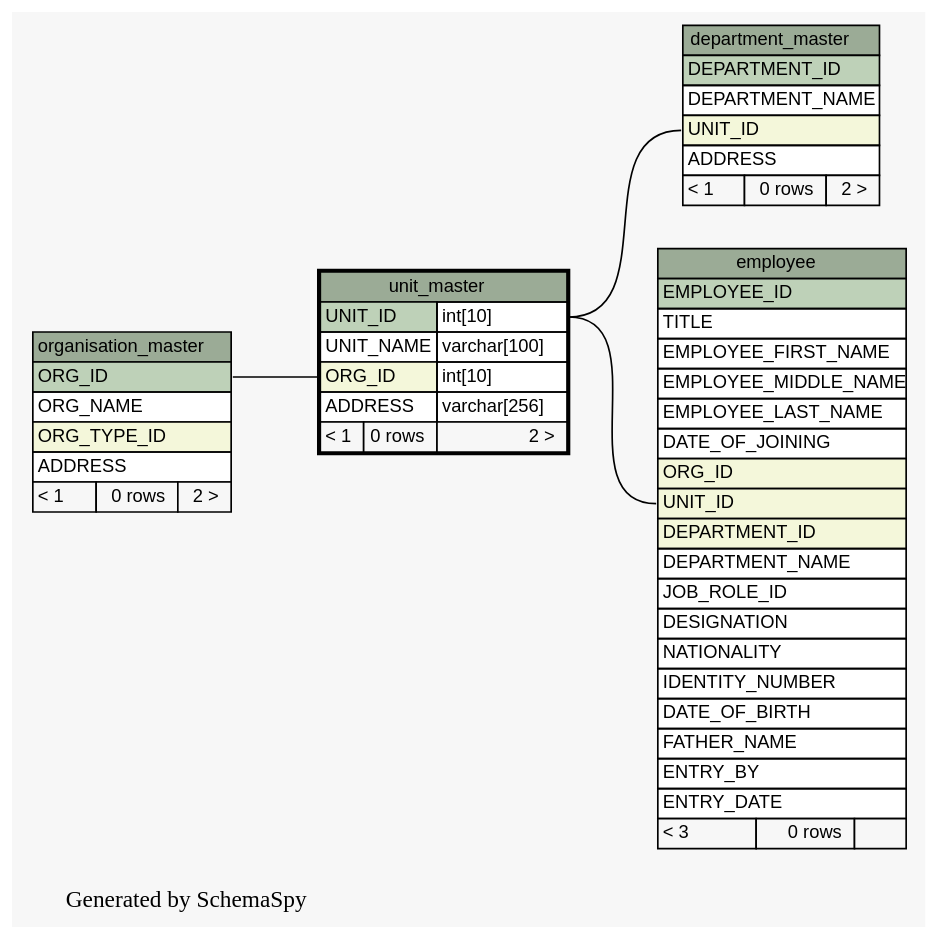
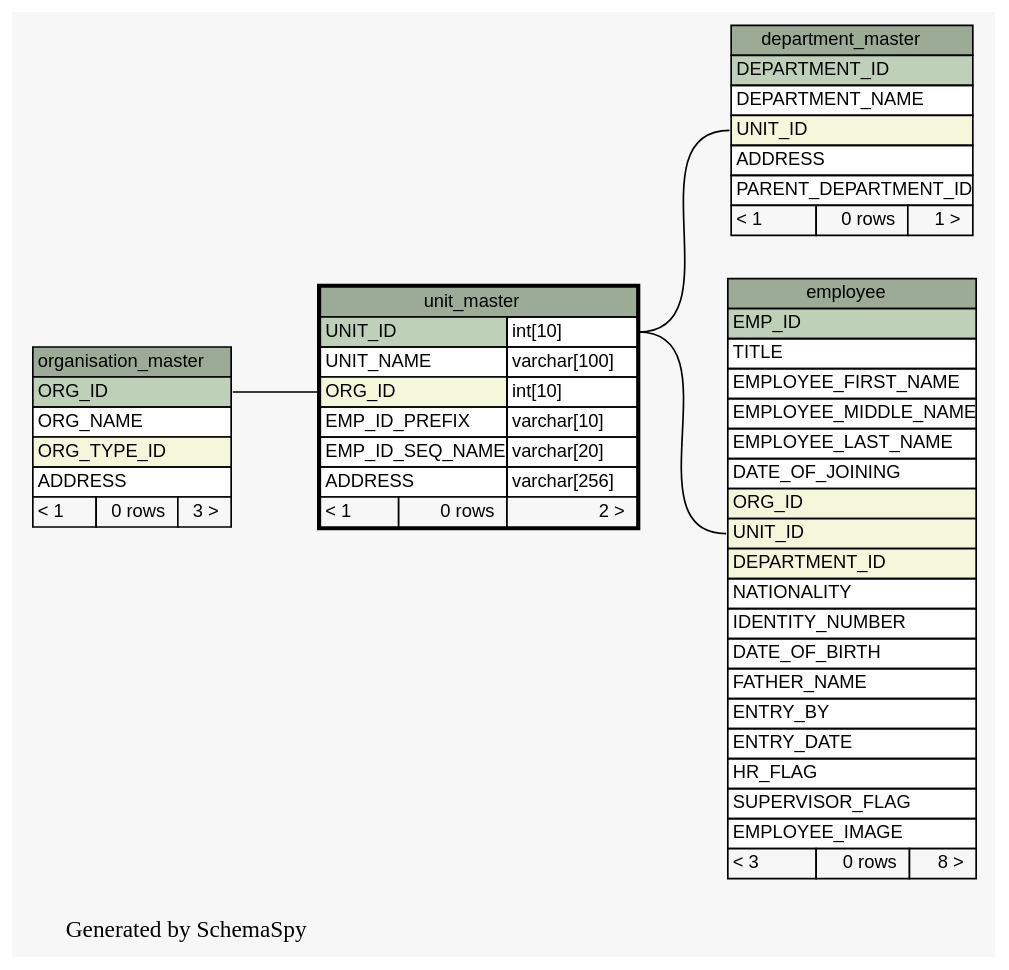
One commit to engineerscraft/hrms changed the diagram in docs/database/schemaspy/graphs/unit_master.1degree.dot. Above: the diagram before and after it, drawn with Graphviz. The commit also changed 168 other files, not shown here.

Commit message:
Database script modified and schemaspy doc generated

```diff
--- a/docs/database/schemaspy/graphs/unit_master.1degree.dot
+++ b/docs/database/schemaspy/graphs/unit_master.1degree.dot
@@ -1,86 +1,89 @@
 // dot 2.38.0 on Windows 7 6.1
 digraph "oneDegreeRelationshipsGraph" {
   graph [
     rankdir="RL"
     bgcolor="#f7f7f7"
     label="\nGenerated by SchemaSpy"
     labeljust="l"
   ];
   node [
     fontname="Helvetica"
     fontsize="11"
     shape="plaintext"
   ];
   edge [
     arrowsize="0.8"
   ];
   "department_master":"UNIT_ID":w -> "unit_master":"UNIT_ID.type":e [arrowtail=crowodot arrowhead=none];
   "employee":"UNIT_ID":w -> "unit_master":"UNIT_ID.type":e [arrowtail=crowodot arrowhead=none];
   "unit_master":"ORG_ID":w -> "organisation_master":"ORG_ID":e [arrowtail=crowodot arrowhead=none];
   "department_master" [
     label=<
     <TABLE BORDER="0" CELLBORDER="1" CELLSPACING="0" BGCOLOR="#ffffff">
       <TR><TD PORT="department_master.heading" COLSPAN="3" BGCOLOR="#9bab96" ALIGN="CENTER">department_master</TD></TR>
       <TR><TD PORT="DEPARTMENT_ID" COLSPAN="3" BGCOLOR="#bed1b8" ALIGN="LEFT">DEPARTMENT_ID</TD></TR>
       <TR><TD PORT="DEPARTMENT_NAME" COLSPAN="3" ALIGN="LEFT">DEPARTMENT_NAME</TD></TR>
       <TR><TD PORT="UNIT_ID" COLSPAN="3" BGCOLOR="#f4f7da" ALIGN="LEFT">UNIT_ID</TD></TR>
       <TR><TD PORT="ADDRESS" COLSPAN="3" ALIGN="LEFT">ADDRESS</TD></TR>
-      <TR><TD ALIGN="LEFT" BGCOLOR="#f7f7f7">&lt; 1</TD><TD ALIGN="RIGHT" BGCOLOR="#f7f7f7">0 rows</TD><TD ALIGN="RIGHT" BGCOLOR="#f7f7f7">2 &gt;</TD></TR>
+      <TR><TD PORT="PARENT_DEPARTMENT_ID" COLSPAN="3" ALIGN="LEFT">PARENT_DEPARTMENT_ID</TD></TR>
+      <TR><TD ALIGN="LEFT" BGCOLOR="#f7f7f7">&lt; 1</TD><TD ALIGN="RIGHT" BGCOLOR="#f7f7f7">0 rows</TD><TD ALIGN="RIGHT" BGCOLOR="#f7f7f7">1 &gt;</TD></TR>
     </TABLE>>
     URL="department_master.html#graph"
     tooltip="department_master"
   ];
   "employee" [
     label=<
     <TABLE BORDER="0" CELLBORDER="1" CELLSPACING="0" BGCOLOR="#ffffff">
       <TR><TD PORT="employee.heading" COLSPAN="3" BGCOLOR="#9bab96" ALIGN="CENTER">employee</TD></TR>
-      <TR><TD PORT="EMPLOYEE_ID" COLSPAN="3" BGCOLOR="#bed1b8" ALIGN="LEFT">EMPLOYEE_ID</TD></TR>
+      <TR><TD PORT="EMP_ID" COLSPAN="3" BGCOLOR="#bed1b8" ALIGN="LEFT">EMP_ID</TD></TR>
       <TR><TD PORT="TITLE" COLSPAN="3" ALIGN="LEFT">TITLE</TD></TR>
       <TR><TD PORT="EMPLOYEE_FIRST_NAME" COLSPAN="3" ALIGN="LEFT">EMPLOYEE_FIRST_NAME</TD></TR>
       <TR><TD PORT="EMPLOYEE_MIDDLE_NAME" COLSPAN="3" ALIGN="LEFT">EMPLOYEE_MIDDLE_NAME</TD></TR>
       <TR><TD PORT="EMPLOYEE_LAST_NAME" COLSPAN="3" ALIGN="LEFT">EMPLOYEE_LAST_NAME</TD></TR>
       <TR><TD PORT="DATE_OF_JOINING" COLSPAN="3" ALIGN="LEFT">DATE_OF_JOINING</TD></TR>
       <TR><TD PORT="ORG_ID" COLSPAN="3" BGCOLOR="#f4f7da" ALIGN="LEFT">ORG_ID</TD></TR>
       <TR><TD PORT="UNIT_ID" COLSPAN="3" BGCOLOR="#f4f7da" ALIGN="LEFT">UNIT_ID</TD></TR>
       <TR><TD PORT="DEPARTMENT_ID" COLSPAN="3" BGCOLOR="#f4f7da" ALIGN="LEFT">DEPARTMENT_ID</TD></TR>
-      <TR><TD PORT="DEPARTMENT_NAME" COLSPAN="3" ALIGN="LEFT">DEPARTMENT_NAME</TD></TR>
-      <TR><TD PORT="JOB_ROLE_ID" COLSPAN="3" ALIGN="LEFT">JOB_ROLE_ID</TD></TR>
-      <TR><TD PORT="DESIGNATION" COLSPAN="3" ALIGN="LEFT">DESIGNATION</TD></TR>
       <TR><TD PORT="NATIONALITY" COLSPAN="3" ALIGN="LEFT">NATIONALITY</TD></TR>
       <TR><TD PORT="IDENTITY_NUMBER" COLSPAN="3" ALIGN="LEFT">IDENTITY_NUMBER</TD></TR>
       <TR><TD PORT="DATE_OF_BIRTH" COLSPAN="3" ALIGN="LEFT">DATE_OF_BIRTH</TD></TR>
       <TR><TD PORT="FATHER_NAME" COLSPAN="3" ALIGN="LEFT">FATHER_NAME</TD></TR>
       <TR><TD PORT="ENTRY_BY" COLSPAN="3" ALIGN="LEFT">ENTRY_BY</TD></TR>
       <TR><TD PORT="ENTRY_DATE" COLSPAN="3" ALIGN="LEFT">ENTRY_DATE</TD></TR>
-      <TR><TD ALIGN="LEFT" BGCOLOR="#f7f7f7">&lt; 3</TD><TD ALIGN="RIGHT" BGCOLOR="#f7f7f7">0 rows</TD><TD ALIGN="RIGHT" BGCOLOR="#f7f7f7">  </TD></TR>
+      <TR><TD PORT="HR_FLAG" COLSPAN="3" ALIGN="LEFT">HR_FLAG</TD></TR>
+      <TR><TD PORT="SUPERVISOR_FLAG" COLSPAN="3" ALIGN="LEFT">SUPERVISOR_FLAG</TD></TR>
+      <TR><TD PORT="EMPLOYEE_IMAGE" COLSPAN="3" ALIGN="LEFT">EMPLOYEE_IMAGE</TD></TR>
+      <TR><TD ALIGN="LEFT" BGCOLOR="#f7f7f7">&lt; 3</TD><TD ALIGN="RIGHT" BGCOLOR="#f7f7f7">0 rows</TD><TD ALIGN="RIGHT" BGCOLOR="#f7f7f7">8 &gt;</TD></TR>
     </TABLE>>
     URL="employee.html#graph"
     tooltip="employee"
   ];
   "organisation_master" [
     label=<
     <TABLE BORDER="0" CELLBORDER="1" CELLSPACING="0" BGCOLOR="#ffffff">
       <TR><TD PORT="organisation_master.heading" COLSPAN="3" BGCOLOR="#9bab96" ALIGN="CENTER">organisation_master</TD></TR>
       <TR><TD PORT="ORG_ID" COLSPAN="3" BGCOLOR="#bed1b8" ALIGN="LEFT">ORG_ID</TD></TR>
       <TR><TD PORT="ORG_NAME" COLSPAN="3" ALIGN="LEFT">ORG_NAME</TD></TR>
       <TR><TD PORT="ORG_TYPE_ID" COLSPAN="3" BGCOLOR="#f4f7da" ALIGN="LEFT">ORG_TYPE_ID</TD></TR>
       <TR><TD PORT="ADDRESS" COLSPAN="3" ALIGN="LEFT">ADDRESS</TD></TR>
-      <TR><TD ALIGN="LEFT" BGCOLOR="#f7f7f7">&lt; 1</TD><TD ALIGN="RIGHT" BGCOLOR="#f7f7f7">0 rows</TD><TD ALIGN="RIGHT" BGCOLOR="#f7f7f7">2 &gt;</TD></TR>
+      <TR><TD ALIGN="LEFT" BGCOLOR="#f7f7f7">&lt; 1</TD><TD ALIGN="RIGHT" BGCOLOR="#f7f7f7">0 rows</TD><TD ALIGN="RIGHT" BGCOLOR="#f7f7f7">3 &gt;</TD></TR>
     </TABLE>>
     URL="organisation_master.html#graph"
     tooltip="organisation_master"
   ];
   "unit_master" [
     label=<
     <TABLE BORDER="2" CELLBORDER="1" CELLSPACING="0" BGCOLOR="#ffffff">
       <TR><TD PORT="unit_master.heading" COLSPAN="3" BGCOLOR="#9bab96" ALIGN="CENTER">unit_master</TD></TR>
       <TR><TD PORT="UNIT_ID" COLSPAN="2" BGCOLOR="#bed1b8" ALIGN="LEFT">UNIT_ID</TD><TD PORT="UNIT_ID.type" ALIGN="LEFT">int[10]</TD></TR>
       <TR><TD PORT="UNIT_NAME" COLSPAN="2" ALIGN="LEFT">UNIT_NAME</TD><TD PORT="UNIT_NAME.type" ALIGN="LEFT">varchar[100]</TD></TR>
       <TR><TD PORT="ORG_ID" COLSPAN="2" BGCOLOR="#f4f7da" ALIGN="LEFT">ORG_ID</TD><TD PORT="ORG_ID.type" ALIGN="LEFT">int[10]</TD></TR>
+      <TR><TD PORT="EMP_ID_PREFIX" COLSPAN="2" ALIGN="LEFT">EMP_ID_PREFIX</TD><TD PORT="EMP_ID_PREFIX.type" ALIGN="LEFT">varchar[10]</TD></TR>
+      <TR><TD PORT="EMP_ID_SEQ_NAME" COLSPAN="2" ALIGN="LEFT">EMP_ID_SEQ_NAME</TD><TD PORT="EMP_ID_SEQ_NAME.type" ALIGN="LEFT">varchar[20]</TD></TR>
       <TR><TD PORT="ADDRESS" COLSPAN="2" ALIGN="LEFT">ADDRESS</TD><TD PORT="ADDRESS.type" ALIGN="LEFT">varchar[256]</TD></TR>
       <TR><TD ALIGN="LEFT" BGCOLOR="#f7f7f7">&lt; 1</TD><TD ALIGN="RIGHT" BGCOLOR="#f7f7f7">0 rows</TD><TD ALIGN="RIGHT" BGCOLOR="#f7f7f7">2 &gt;</TD></TR>
     </TABLE>>
     URL="unit_master.html#"
     tooltip="unit_master"
   ];
 }
```
